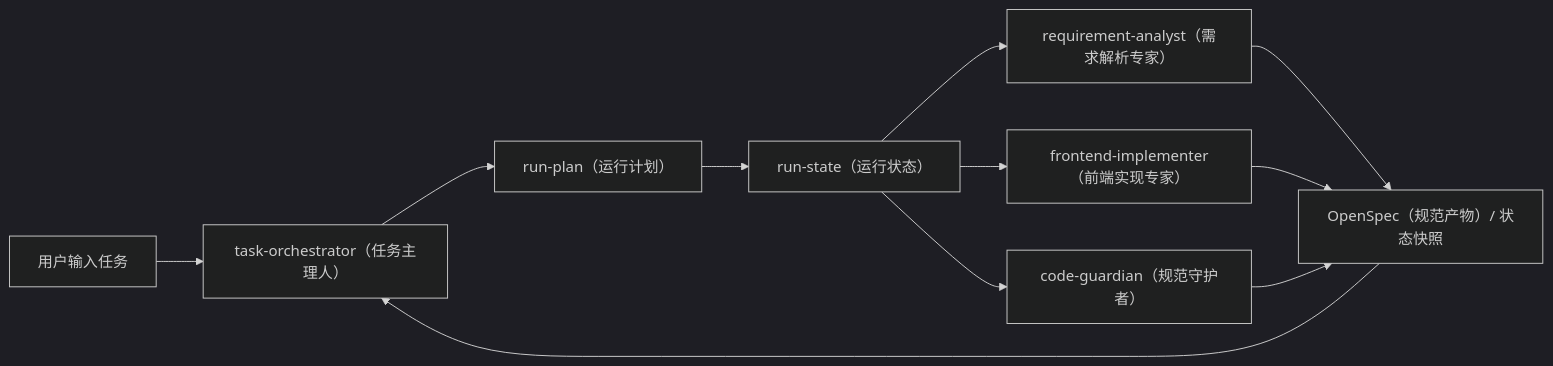
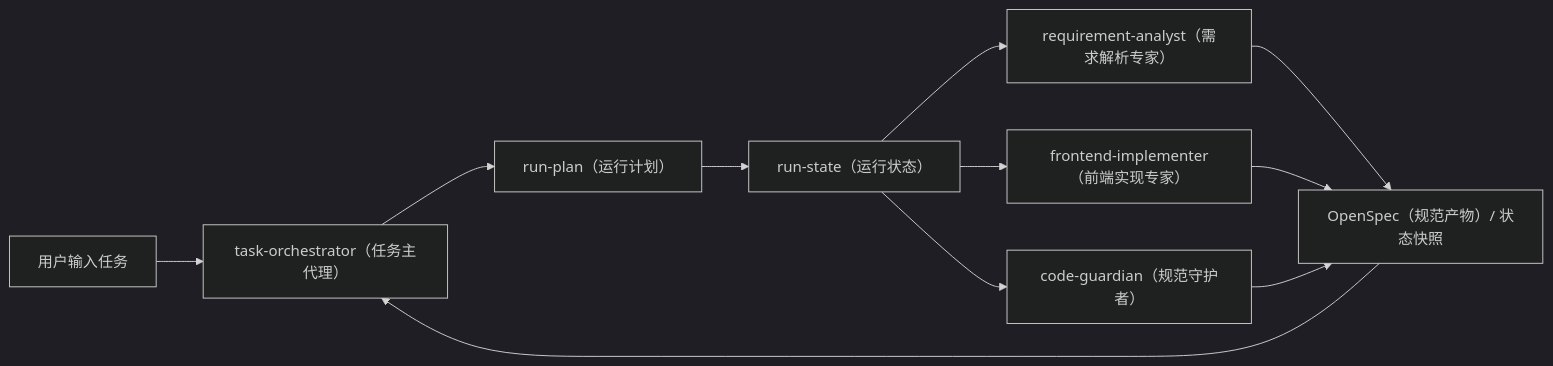
Before and after one commit to Colouful/br-ai-spec: the first of 2 diagrams in docs/paser_two/专家协同的轻量化治理与上下文压缩方案-03-30-17-44.md, drawn with Mermaid (dark theme). The commit also changed other lines of this file and 88 other files, not shown here.

````diff
--- a/docs/paser_two/专家协同的轻量化治理与上下文压缩方案-03-30-17-44.md
+++ b/docs/paser_two/专家协同的轻量化治理与上下文压缩方案-03-30-17-44.md
@@ -64,13 +64,13 @@
 ```mermaid
 flowchart LR
-    U["用户输入任务"] --> O["task-orchestrator（任务主理人）"]
+    U["用户输入任务"] --> O["task-orchestrator（任务主代理）"]
     O --> P["run-plan（运行计划）"]
     P --> S["run-state（运行状态）"]
     S --> R1["requirement-analyst（需求解析专家）"]
     S --> R2["frontend-implementer（前端实现专家）"]
     S --> R3["code-guardian（规范守护者）"]
     R1 --> B["OpenSpec（规范产物）/ 状态快照"]
     R2 --> B
     R3 --> B
     B --> O
 ```
````
